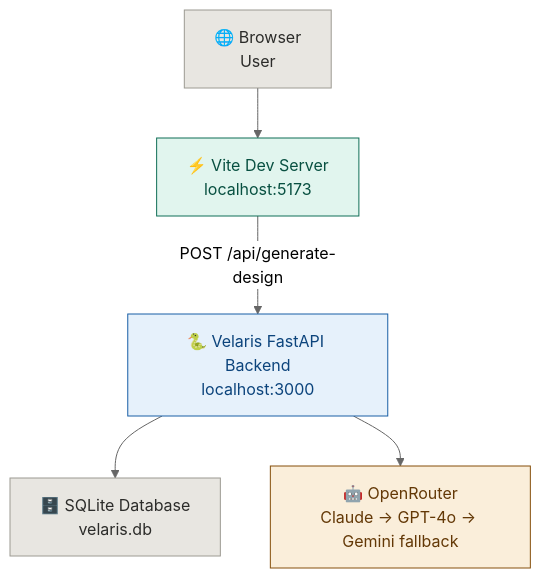
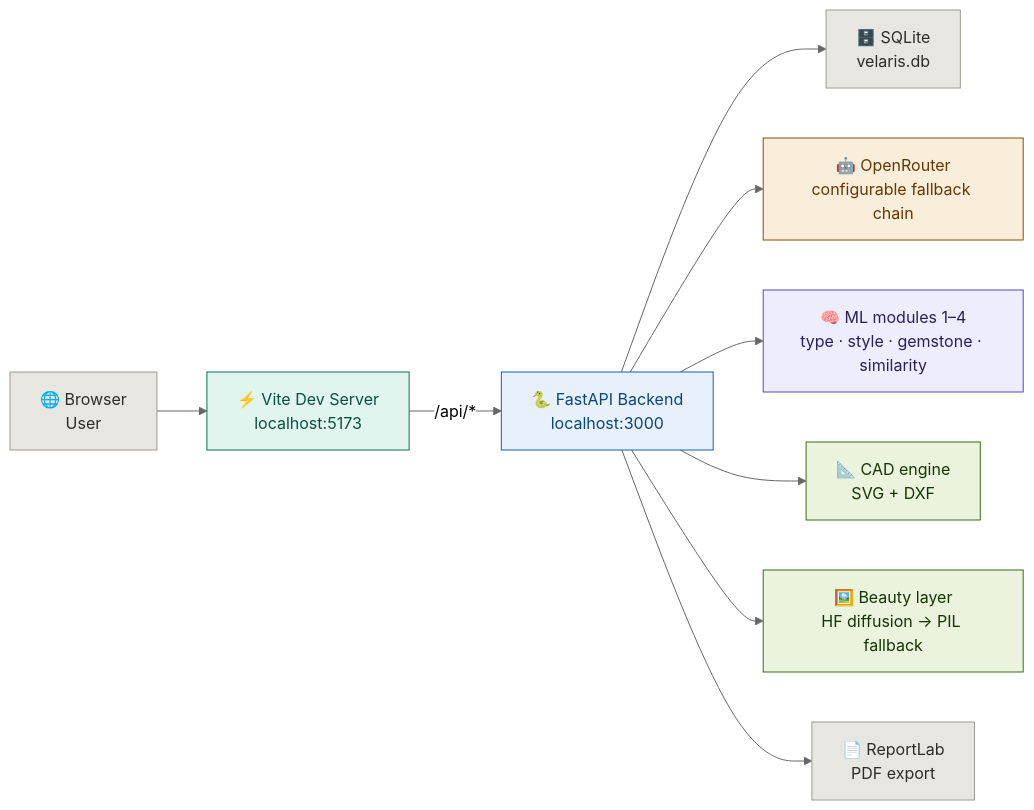
The diagram in README.md (ria0304/Velaris-From-Inspiration-to-Jewellery-Design), drawn with Mermaid (neutral theme) before and after one commit. The commit also changed other lines of this file, not shown here.

````diff
--- a/README.md
+++ b/README.md
@@ -188,18 +232,28 @@
 ```mermaid
-flowchart TD
-    A["🌐 Browser\nUser"]:::gray
-    B["⚡ Vite Dev Server\nlocalhost:5173"]:::teal
-    C["🐍 Velaris FastAPI Backend\nlocalhost:3000"]:::blue
-    D["🗄️ SQLite Database\nvelaris.db"]:::gray
-    E["🤖 OpenRouter\nClaude → GPT-4o → Gemini fallback"]:::amber
+flowchart LR
+    A["🌐 Browser<br/>User"]:::gray
+    B["⚡ Vite Dev Server<br/>localhost:5173"]:::teal
+    C["🐍 FastAPI Backend<br/>localhost:3000"]:::blue
+    D["🗄️ SQLite<br/>velaris.db"]:::gray
+    E["🤖 OpenRouter<br/>configurable fallback chain"]:::amber
+    F["🧠 ML modules 1–4<br/>type · style · gemstone · similarity"]:::purple
+    G["📐 CAD engine<br/>SVG + DXF"]:::green
+    H["🖼️ Beauty layer<br/>HF diffusion → PIL fallback"]:::green
+    I["📄 ReportLab<br/>PDF export"]:::gray
 
     A --> B
-    B -->|"POST /api/generate-design"| C
+    B -->|"/api/*"| C
     C --> D
     C --> E
+    C --> F
+    C --> G
+    C --> H
+    C --> I
 
     classDef gray   fill:#e8e6e1,stroke:#9c9a92,color:#2C2C2A
     classDef teal   fill:#E1F5EE,stroke:#0F6E56,color:#085041
     classDef blue   fill:#E6F1FB,stroke:#185FA5,color:#0C447C
     classDef amber  fill:#FAEEDA,stroke:#854F0B,color:#633806
+    classDef purple fill:#EEEDFE,stroke:#534AB7,color:#26215C
+    classDef green  fill:#EAF3DE,stroke:#3B6D11,color:#173404
 ```
````
